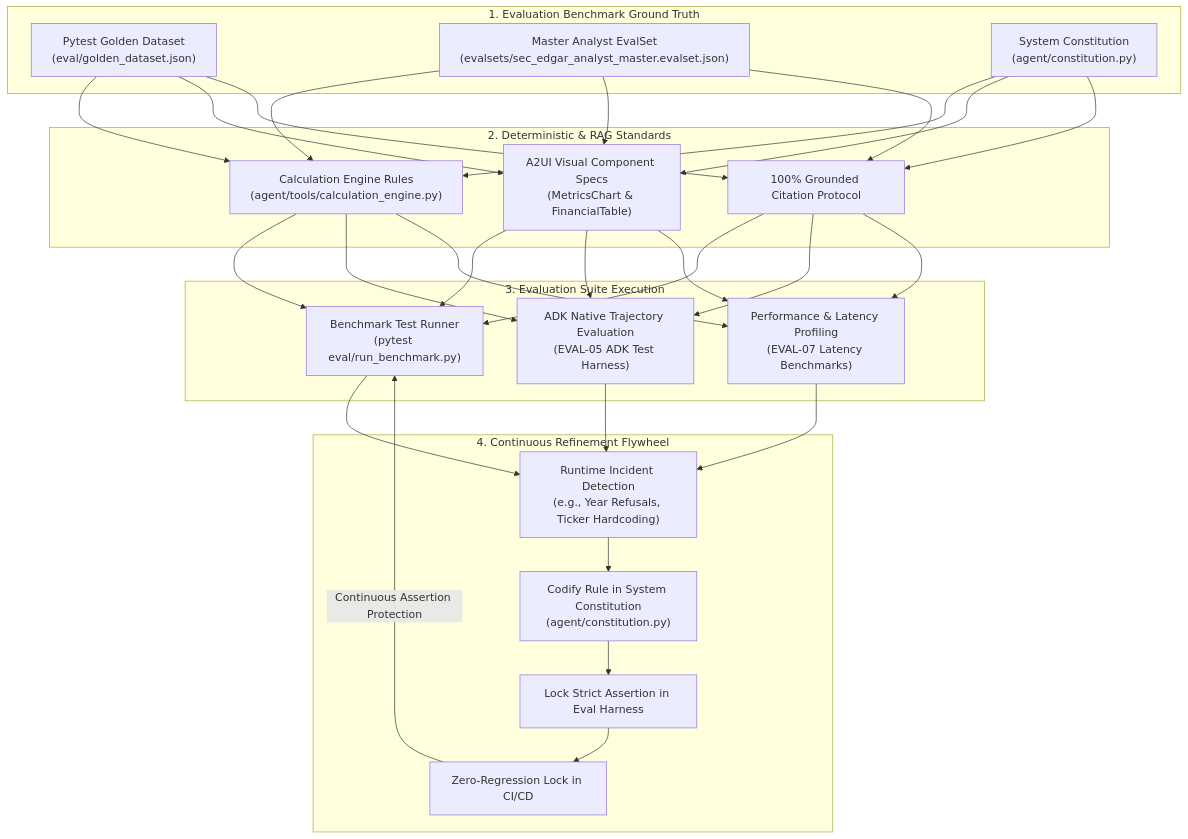
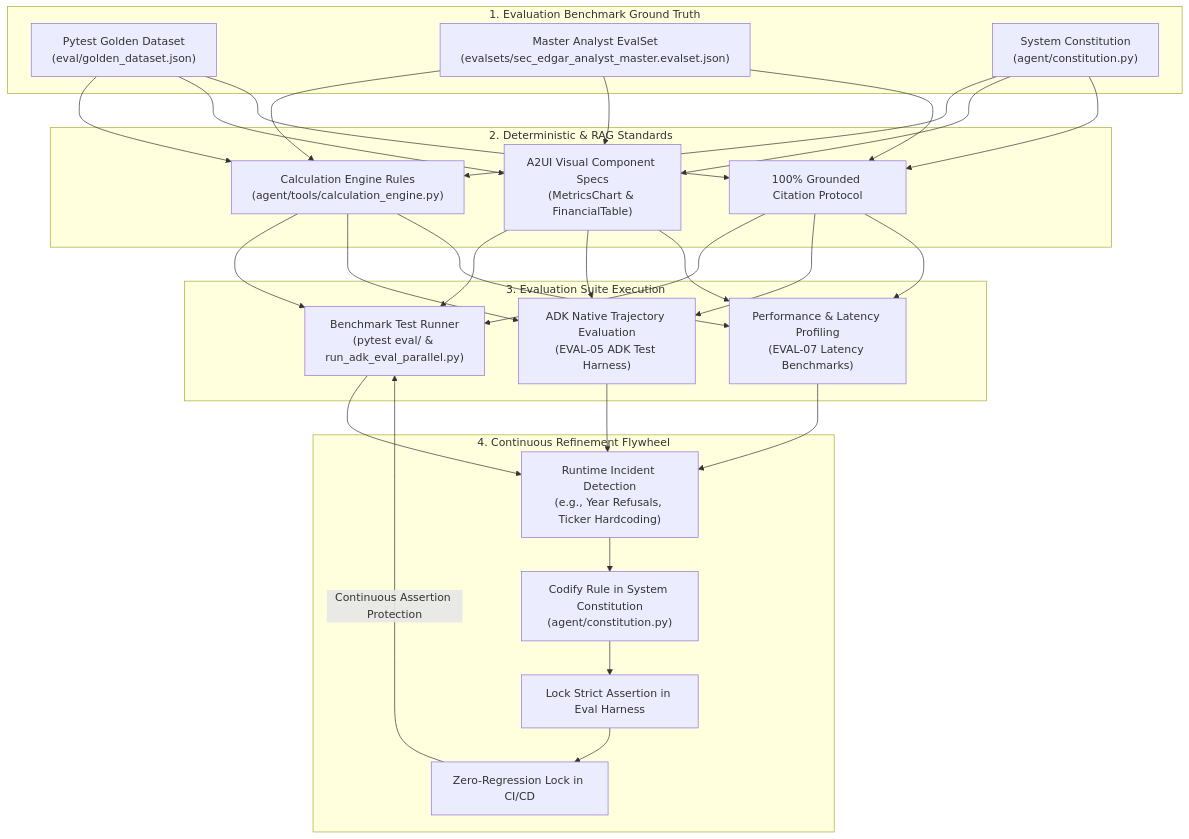
One commit to cvwang/sec-edgar-analyst changed the eighth of 10 diagrams in docs/architectural_diagrams.md. Above: the diagram before and after it, drawn with Mermaid. The commit also changed 11 other files, not shown here.

First line of the commit message:
Cleanup unused eval runners and consolidate test suite

````diff
--- a/docs/architectural_diagrams.md
+++ b/docs/architectural_diagrams.md
@@ -429,33 +429,33 @@
 ```mermaid
 flowchart TD
     subgraph GroundTruth ["1. Evaluation Benchmark Ground Truth"]
         GoldenDS["Pytest Golden Dataset<br/>(eval/golden_dataset.json)"]
         MasterEvalset["Master Analyst EvalSet<br/>(evalsets/sec_edgar_analyst_master.evalset.json)"]
         Constitution["System Constitution<br/>(agent/constitution.py)"]
     end
 
     subgraph ArchitectureSpecs ["2. Deterministic & RAG Standards"]
         Engine["Calculation Engine Rules<br/>(agent/tools/calculation_engine.py)"]
         A2UI["A2UI Visual Component Specs<br/>(MetricsChart & FinancialTable)"]
         CitationRules["100% Grounded Citation Protocol"]
     end
 
     subgraph EvaluationSuite ["3. Evaluation Suite Execution"]
-        BenchRunner["Benchmark Test Runner<br/>(pytest eval/run_benchmark.py)"]
+        BenchRunner["Benchmark Test Runner<br/>(pytest eval/ & run_adk_eval_parallel.py)"]
         TrajectoryEval["ADK Native Trajectory Evaluation<br/>(EVAL-05 ADK Test Harness)"]
         PerformanceProfile["Performance & Latency Profiling<br/>(EVAL-07 Latency Benchmarks)"]
     end
 
     subgraph RefinementFlywheel ["4. Continuous Refinement Flywheel"]
         IncidentLog["Runtime Incident Detection<br/>(e.g., Year Refusals, Ticker Hardcoding)"]
         ConstitutionPatch["Codify Rule in System Constitution<br/>(agent/constitution.py)"]
         AssertionLock["Lock Strict Assertion in Eval Harness"]
         ZeroRegression["Zero-Regression Lock in CI/CD"]
     end
 
     GoldenDS & MasterEvalset & Constitution --> Engine & A2UI & CitationRules
     Engine & A2UI & CitationRules --> BenchRunner & TrajectoryEval & PerformanceProfile
     BenchRunner & TrajectoryEval & PerformanceProfile --> IncidentLog
     IncidentLog --> ConstitutionPatch --> AssertionLock --> ZeroRegression
     ZeroRegression -->|Continuous Assertion Protection| BenchRunner
 ```
````
